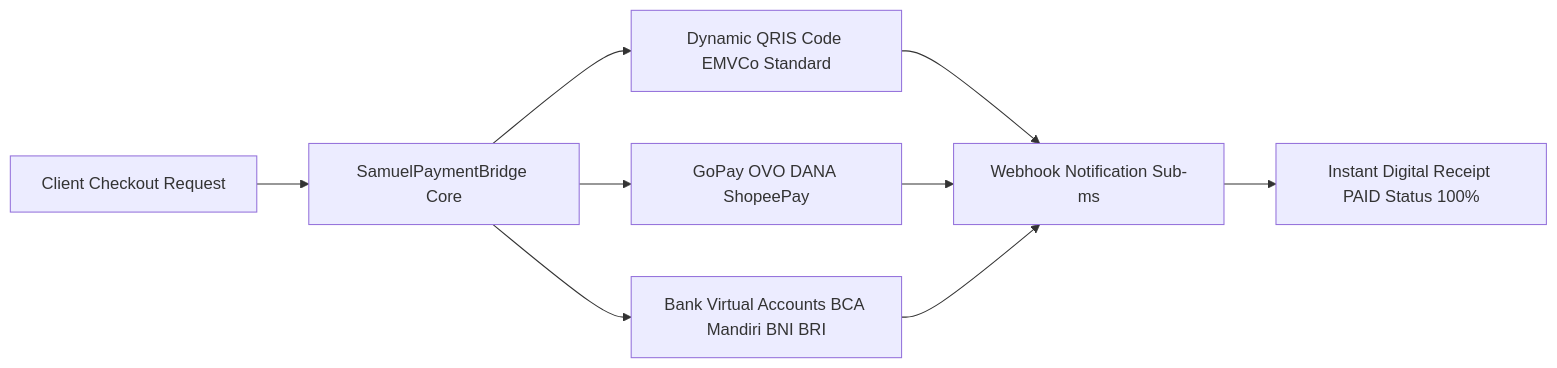
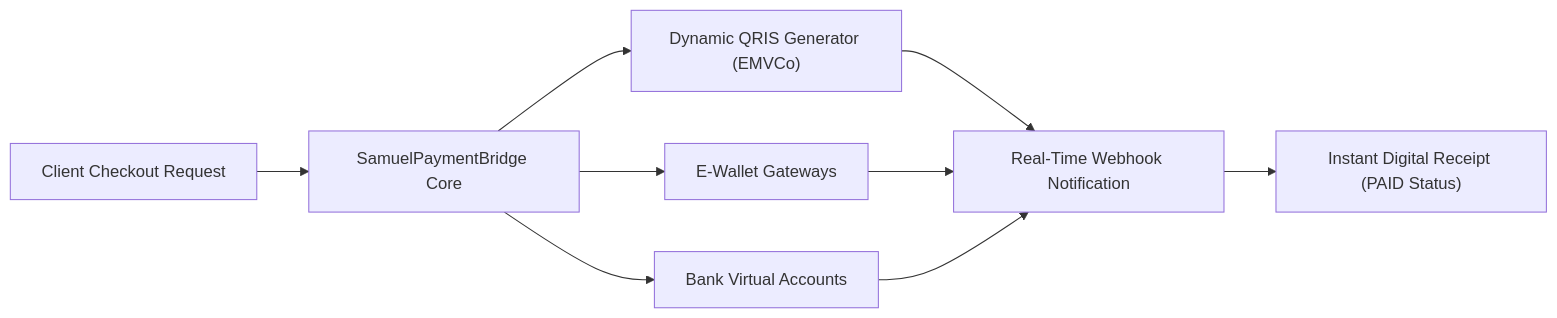
One commit to SamuelPurba/Rumus-Perpangkatan-Universal-4.0 changed the sixth of 6 diagrams in README.md. Above: the diagram before and after it, drawn with Mermaid. The commit also changed other lines of this file, not shown here.

Commit message:
docs(ieee): Format README.md strictly to IEEE Transactions Manuscript Specification with numbered equations, table titles, figure captions, and citations

````diff
--- a/README.md
+++ b/README.md
@@ -323,12 +263,11 @@
 ```mermaid
 graph LR
-    CHECKOUT["Client Checkout Request"] --> QRIS_ENGINE["SamuelPaymentBridge Core"]
-    QRIS_ENGINE --> QR_GEN["Dynamic QRIS Code EMVCo Standard"]
-    QRIS_ENGINE --> WALLET["GoPay OVO DANA ShopeePay"]
-    QRIS_ENGINE --> VA["Bank Virtual Accounts BCA Mandiri BNI BRI"]
-
-    QR_GEN --> WEBHOOK["Webhook Notification Sub-ms"]
-    WALLET --> WEBHOOK
-    VA --> WEBHOOK
-    WEBHOOK --> RECEIPT["Instant Digital Receipt PAID Status 100%"]
+    REQ["Client Checkout Request"] --> PAY["SamuelPaymentBridge Core"]
+    PAY --> QRIS["Dynamic QRIS Generator (EMVCo)"]
+    PAY --> WALLET["E-Wallet Gateways"]
+    PAY --> VA["Bank Virtual Accounts"]
+    QRIS --> HOOK["Real-Time Webhook Notification"]
+    WALLET --> HOOK
+    VA --> HOOK
+    HOOK --> REC["Instant Digital Receipt (PAID Status)"]
 ```
````
